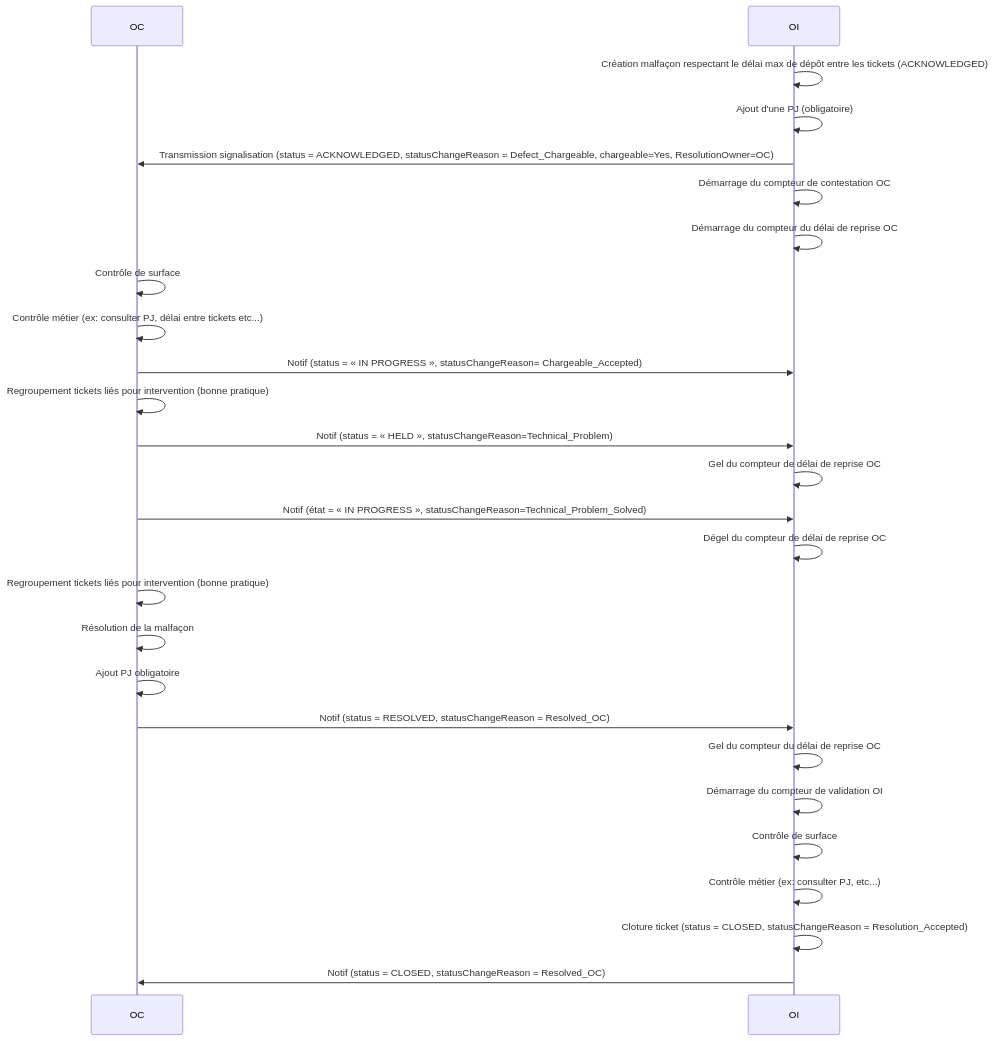
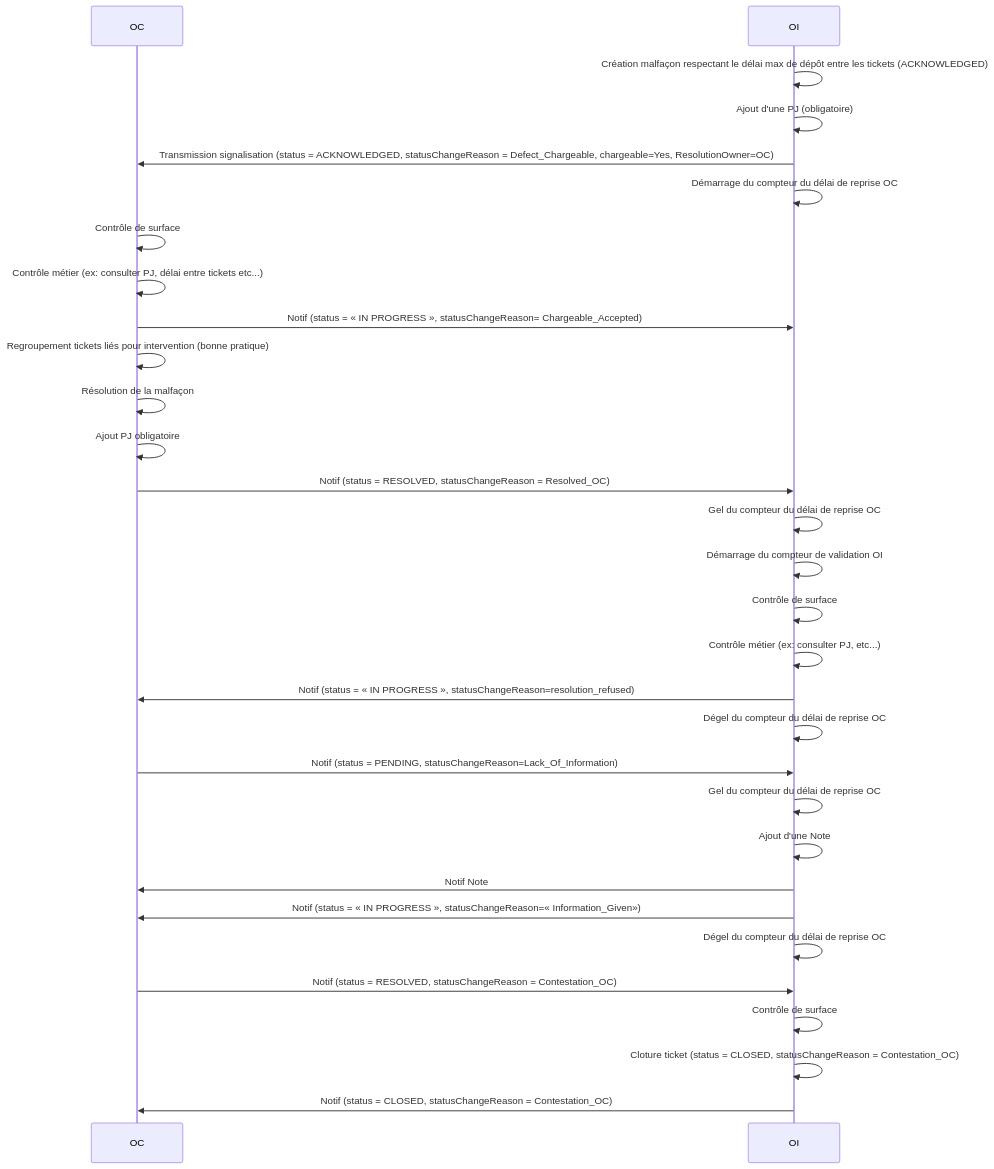
One commit to before-interop/malfacon changed diagram 12 of 13 in README.md. Above: the diagram before and after it, drawn with Mermaid. The commit also changed other lines of this file and 2 other files, not shown here.

````diff
--- a/README.md
+++ b/README.md
@@ -602,30 +598,35 @@
 ```mermaid
 sequenceDiagram
 
   participant OC
   participant OI
 
+
   OI->>OI: Création malfaçon respectant le délai max de dépôt entre les tickets (ACKNOWLEDGED)
   OI->>OI: Ajout d'une PJ (obligatoire)
   OI->>OC: Transmission signalisation (status = ACKNOWLEDGED, statusChangeReason = Defect_Chargeable, chargeable=Yes, ResolutionOwner=OC)
-  OI->>OI: Démarrage du compteur de contestation OC
   OI->>OI: Démarrage du compteur du délai de reprise OC
   OC->>OC: Contrôle de surface
   OC->>OC: Contrôle métier (ex: consulter PJ, délai entre tickets etc...)
   OC->>OI: Notif (status = « IN PROGRESS », statusChangeReason= Chargeable_Accepted)
-  OC->>OC: Regroupement tickets liés pour intervention (bonne pratique)
-  OC->>OI: Notif (status = « HELD », statusChangeReason=Technical_Problem)
-  OI->>OI: Gel du compteur de délai de reprise OC
-  OC->>OI: Notif (état = « IN PROGRESS », statusChangeReason=Technical_Problem_Solved)
-  OI->>OI: Dégel du compteur de délai de reprise OC
   OC->>OC: Regroupement tickets liés pour intervention (bonne pratique)
   OC->>OC: Résolution de la malfaçon
   OC->>OC: Ajout PJ obligatoire
   OC->>OI: Notif (status = RESOLVED, statusChangeReason = Resolved_OC)
   OI->>OI: Gel du compteur du délai de reprise OC
   OI->>OI: Démarrage du compteur de validation OI
   OI->>OI: Contrôle de surface
   OI->>OI: Contrôle métier (ex: consulter PJ, etc...)
-  OI->>OI: Cloture ticket (status = CLOSED, statusChangeReason = Resolution_Accepted)
-  OI->>OC: Notif (status = CLOSED, statusChangeReason = Resolved_OC)
+  OI->>OC: Notif (status = « IN PROGRESS », statusChangeReason=resolution_refused)
+  OI->>OI: Dégel du compteur du délai de reprise OC
+  OC->>OI: Notif (status = PENDING, statusChangeReason=Lack_Of_Information)
+  OI->>OI: Gel du compteur du délai de reprise OC
+  OI->>OI: Ajout d'une Note
+  OI->>OC: Notif Note
+  OI->>OC: Notif (status = « IN PROGRESS », statusChangeReason=« Information_Given»)
+  OI->>OI: Dégel du compteur du délai de reprise OC
+  OC->>OI: Notif (status = RESOLVED, statusChangeReason = Contestation_OC)
+  OI->>OI: Contrôle de surface
+  OI->>OI: Cloture ticket (status = CLOSED, statusChangeReason = Contestation_OC)
+  OI->>OC: Notif (status = CLOSED, statusChangeReason = Contestation_OC)
 ```
````
